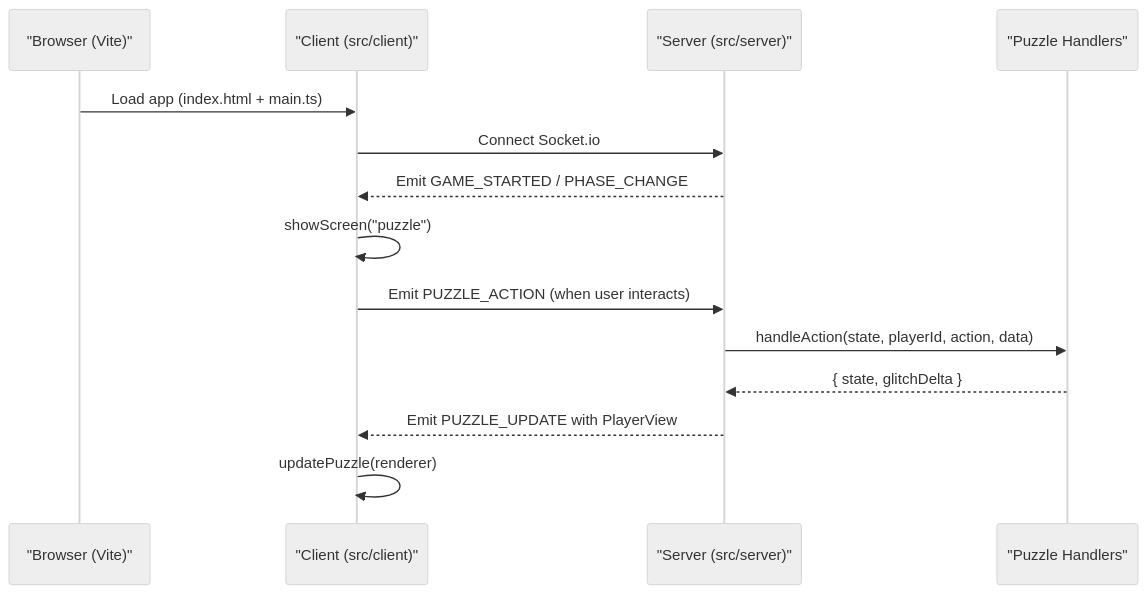
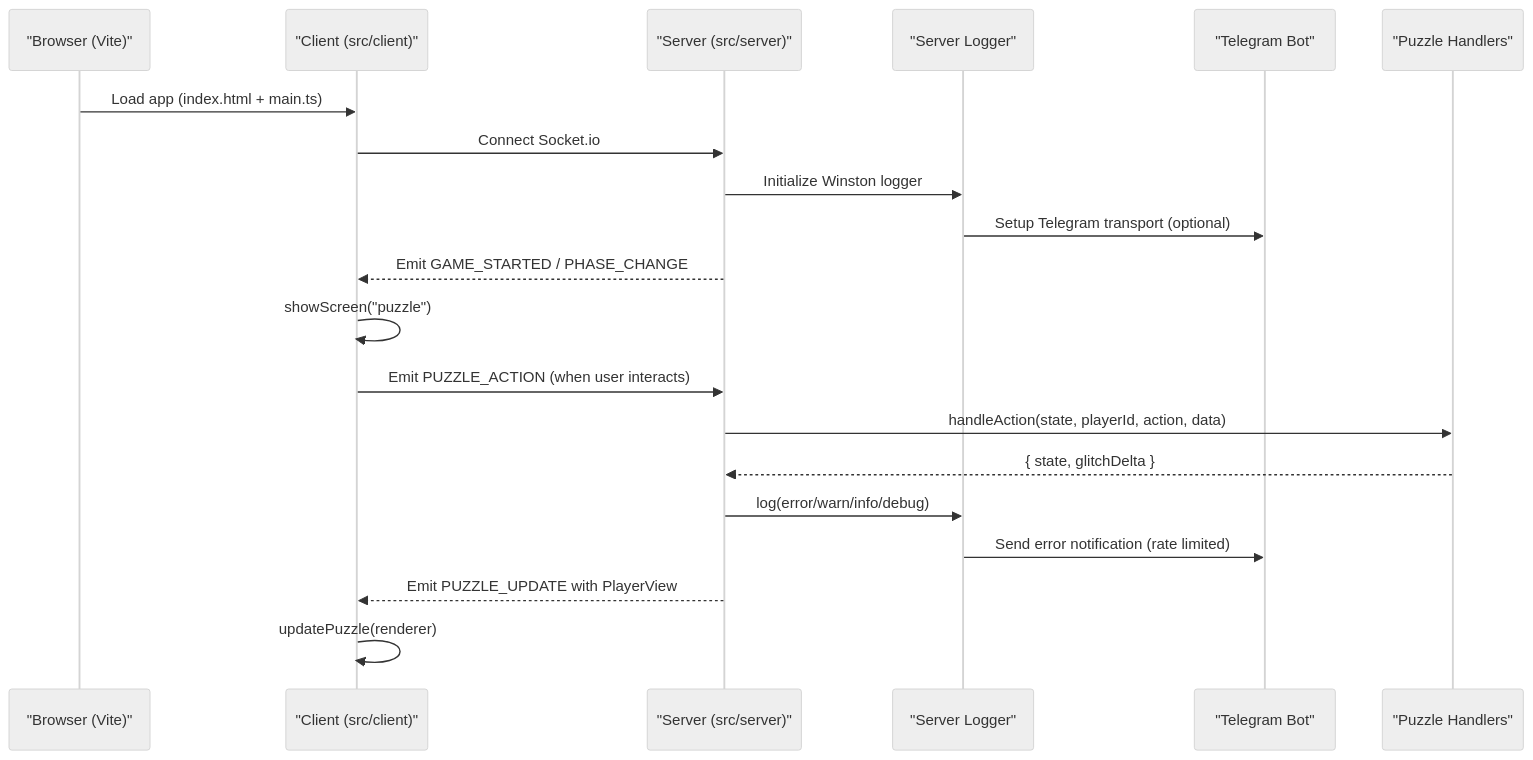
Before and after one commit to dkoukoul/escape-room-mvp: the second of 5 diagrams in .qoder/repowiki/en/content/Development Guidelines.md, drawn with Mermaid (neutral theme). The commit also changed other lines of this file and 21 other files, not shown here.

````diff
--- a/.qoder/repowiki/en/content/Development Guidelines.md
+++ b/.qoder/repowiki/en/content/Development Guidelines.md
@@ -111,16 +143,22 @@
 ```mermaid
 sequenceDiagram
 participant Browser as "Browser (Vite)"
 participant Client as "Client (src/client)"
 participant Server as "Server (src/server)"
+participant Logger as "Server Logger"
+participant Telegram as "Telegram Bot"
 participant Handlers as "Puzzle Handlers"
 Browser->>Client : Load app (index.html + main.ts)
 Client->>Server : Connect Socket.io
+Server->>Logger : Initialize Winston logger
+Logger->>Telegram : Setup Telegram transport (optional)
 Server-->>Client : Emit GAME_STARTED / PHASE_CHANGE
 Client->>Client : showScreen("puzzle")
 Client->>Server : Emit PUZZLE_ACTION (when user interacts)
 Server->>Handlers : handleAction(state, playerId, action, data)
 Handlers-->>Server : { state, glitchDelta }
+Server->>Logger : log(error/warn/info/debug)
+Logger->>Telegram : Send error notification (rate limited)
 Server-->>Client : Emit PUZZLE_UPDATE with PlayerView
 Client->>Client : updatePuzzle(renderer)
 ```
````
